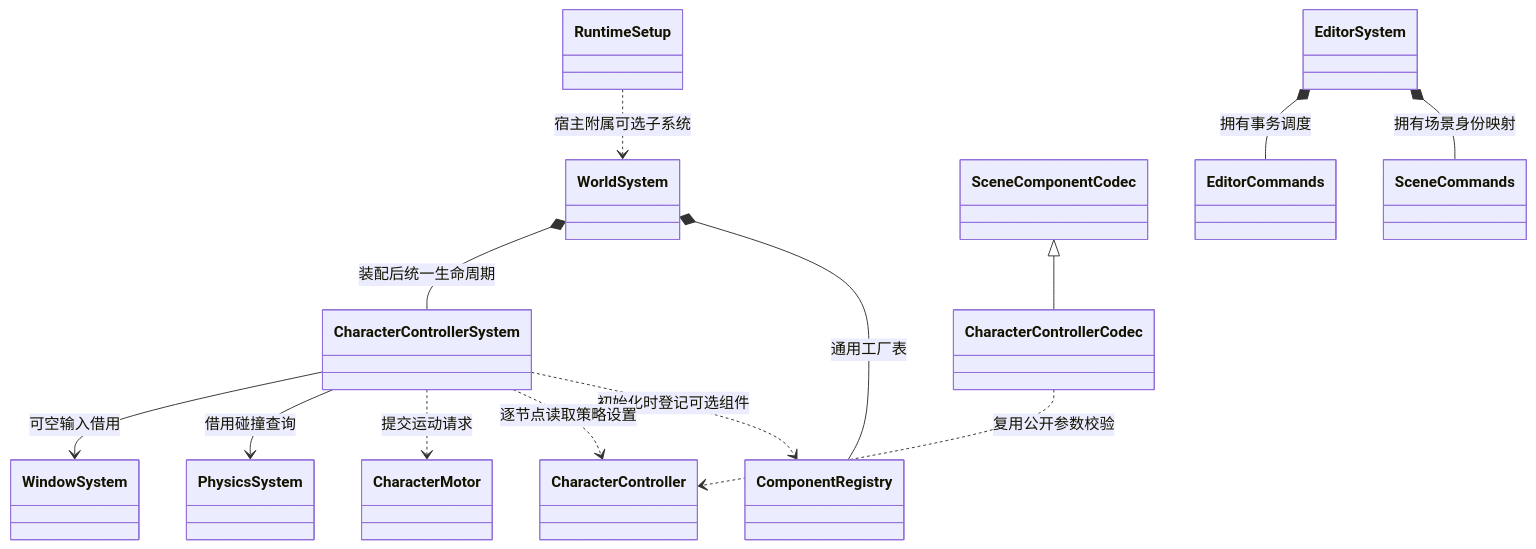
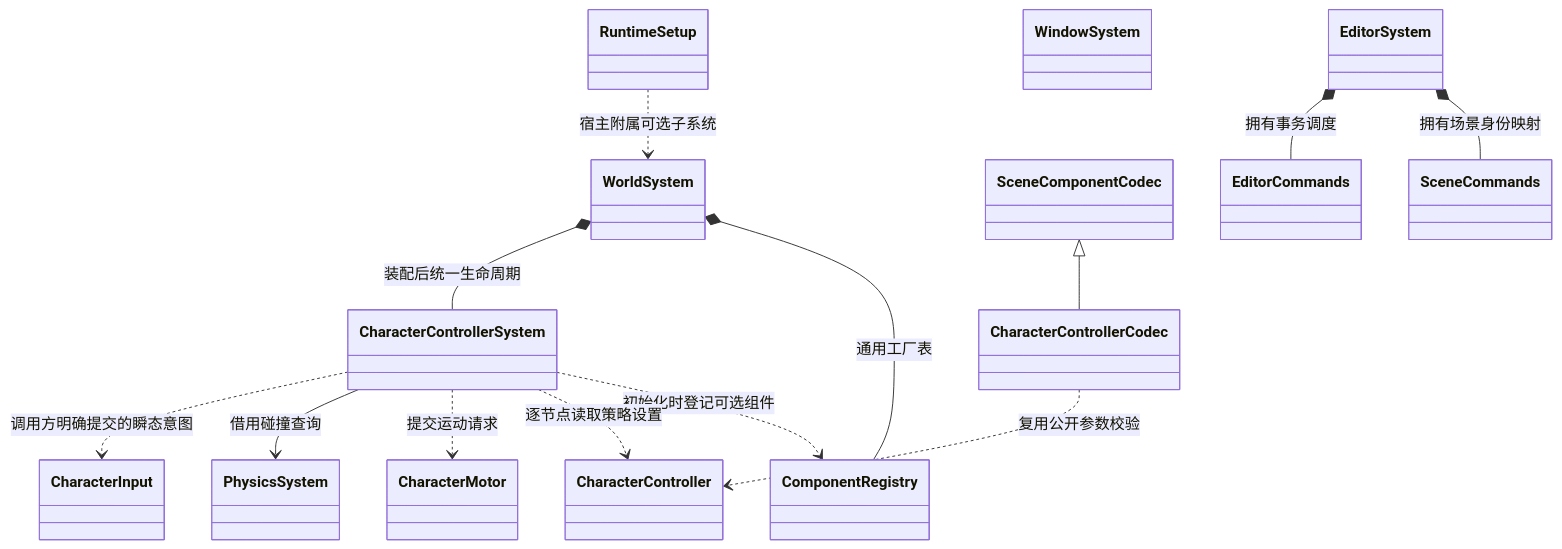
Before and after one commit to lcals/Engine: diagram 36 of 36 in docs/class-diagrams/references.md, drawn with Mermaid. The commit also changed other lines of this file and 64 other files, not shown here.

````diff
--- a/docs/class-diagrams/references.md
+++ b/docs/class-diagrams/references.md
@@ -1102,28 +1107,28 @@
 ```mermaid
 classDiagram
     class RuntimeSetup
     class WorldSystem
     class ComponentRegistry
     class CharacterController
     class CharacterControllerSystem
     class CharacterMotor
     class PhysicsSystem
     class WindowSystem
     class CharacterControllerCodec
     class SceneComponentCodec
     class EditorSystem
     class SceneCommands
     class EditorCommands
     CharacterControllerSystem ..> ComponentRegistry : 初始化时登记可选组件
     RuntimeSetup ..> WorldSystem : 宿主附属可选子系统
     WorldSystem *-- ComponentRegistry : 通用工厂表
     WorldSystem *-- CharacterControllerSystem : 装配后统一生命周期
     CharacterControllerSystem ..> CharacterController : 逐节点读取策略设置
     CharacterControllerSystem ..> CharacterMotor : 提交运动请求
     CharacterControllerSystem --> PhysicsSystem : 借用碰撞查询
-    CharacterControllerSystem --> WindowSystem : 可空输入借用
+    CharacterControllerSystem ..> CharacterInput : 调用方明确提交的瞬态意图
     SceneComponentCodec <|-- CharacterControllerCodec
     CharacterControllerCodec ..> CharacterController : 复用公开参数校验
     EditorSystem *-- SceneCommands : 拥有场景身份映射
     EditorSystem *-- EditorCommands : 拥有事务调度
 ```
````
